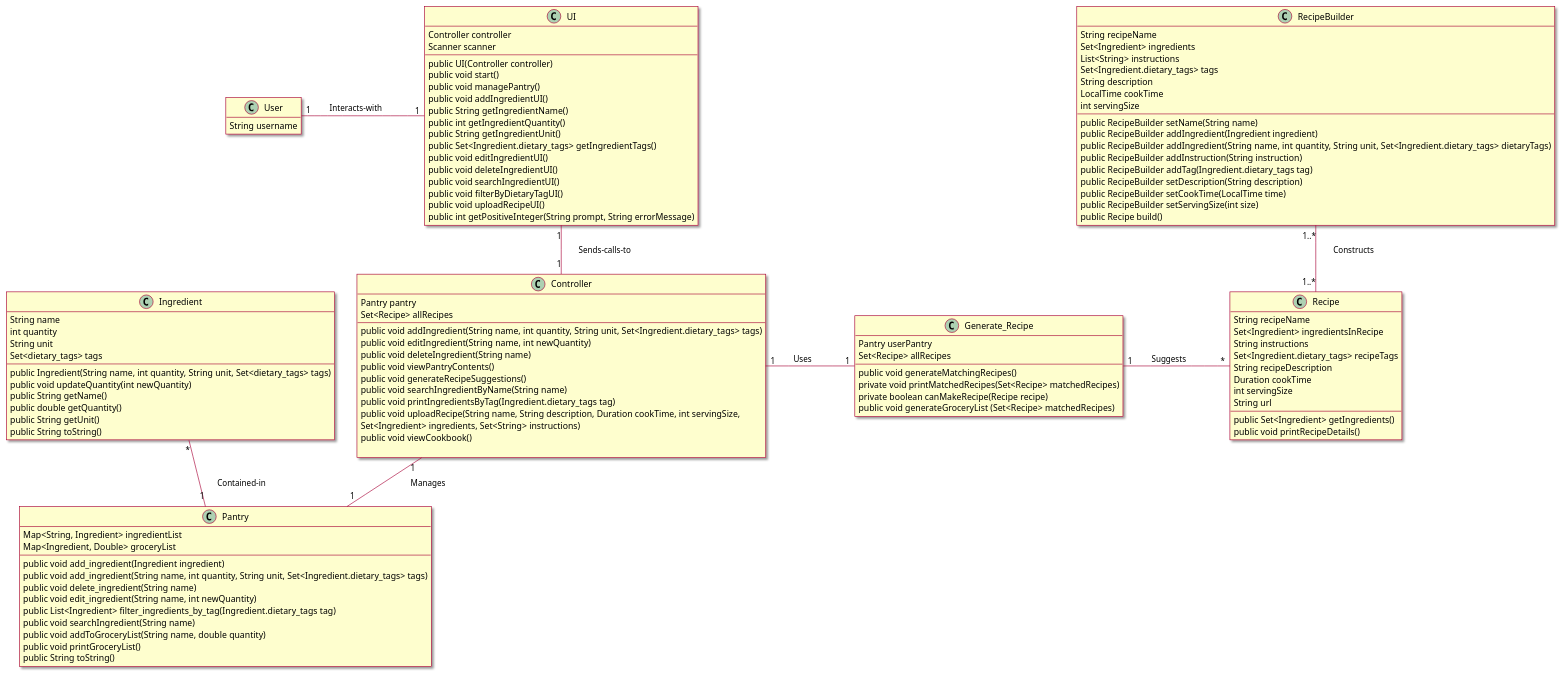
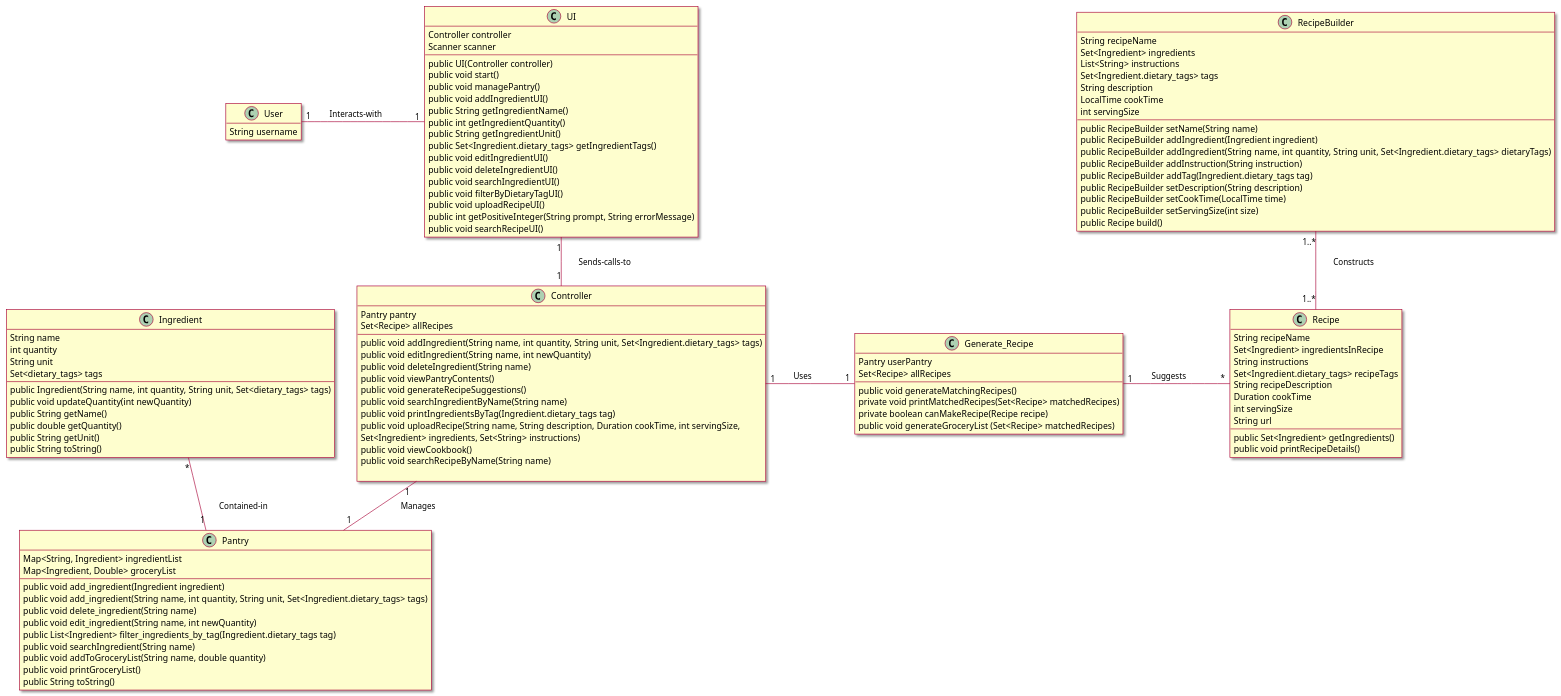
One commit to berthashipper/Pantry-Pal-Android-Application changed the diagram in intellij/doc/class_diagram.md. Above: the diagram before and after it, drawn with PlantUML. The commit also changed 8 other files, not shown here.

Commit message:
Updated sequence diagram of search_recipe to match implementation in UI

```diff
--- a/intellij/doc/class_diagram.md
+++ b/intellij/doc/class_diagram.md
@@ -102,6 +102,7 @@
  public void filterByDietaryTagUI()
  public void uploadRecipeUI()
  public int getPositiveInteger(String prompt, String errorMessage)
+ public void searchRecipeUI()
 }
 
 class Controller {
@@ -118,6 +119,7 @@
  public void uploadRecipe(String name, String description, Duration cookTime, int servingSize,
                              Set<Ingredient> ingredients, Set<String> instructions)             
  public void viewCookbook()
+ public void searchRecipeByName(String name)
  
 }
 
```
